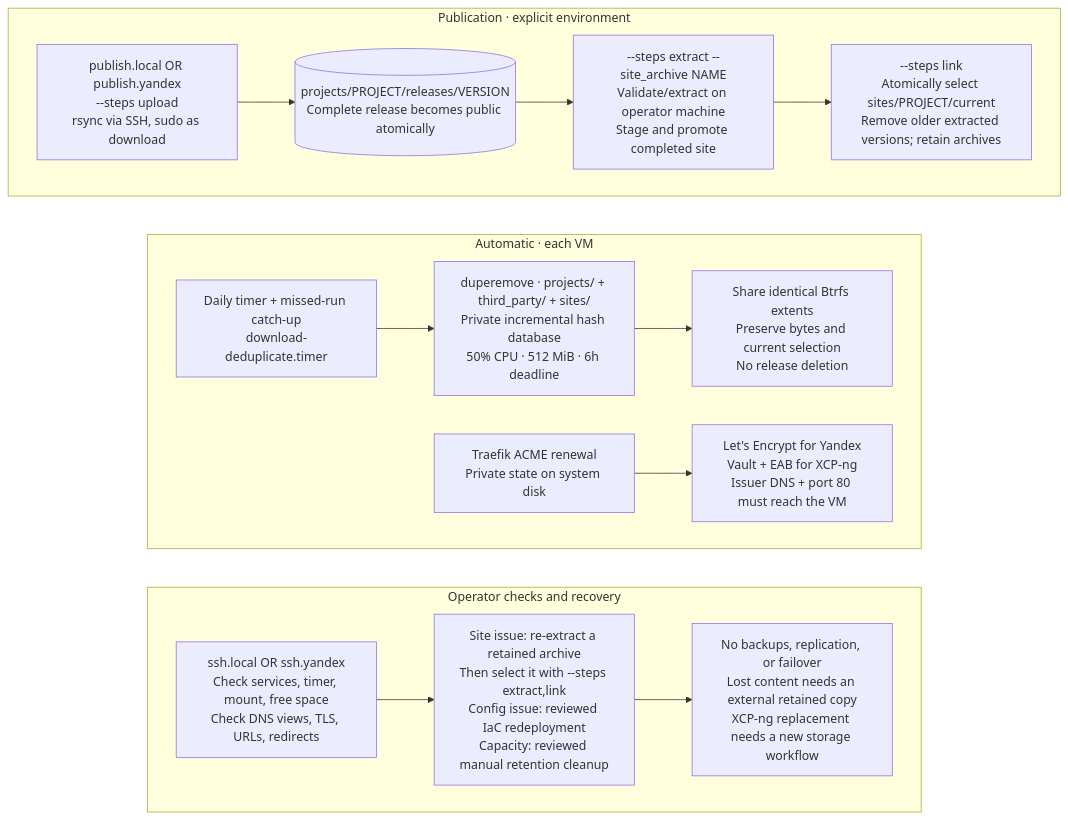
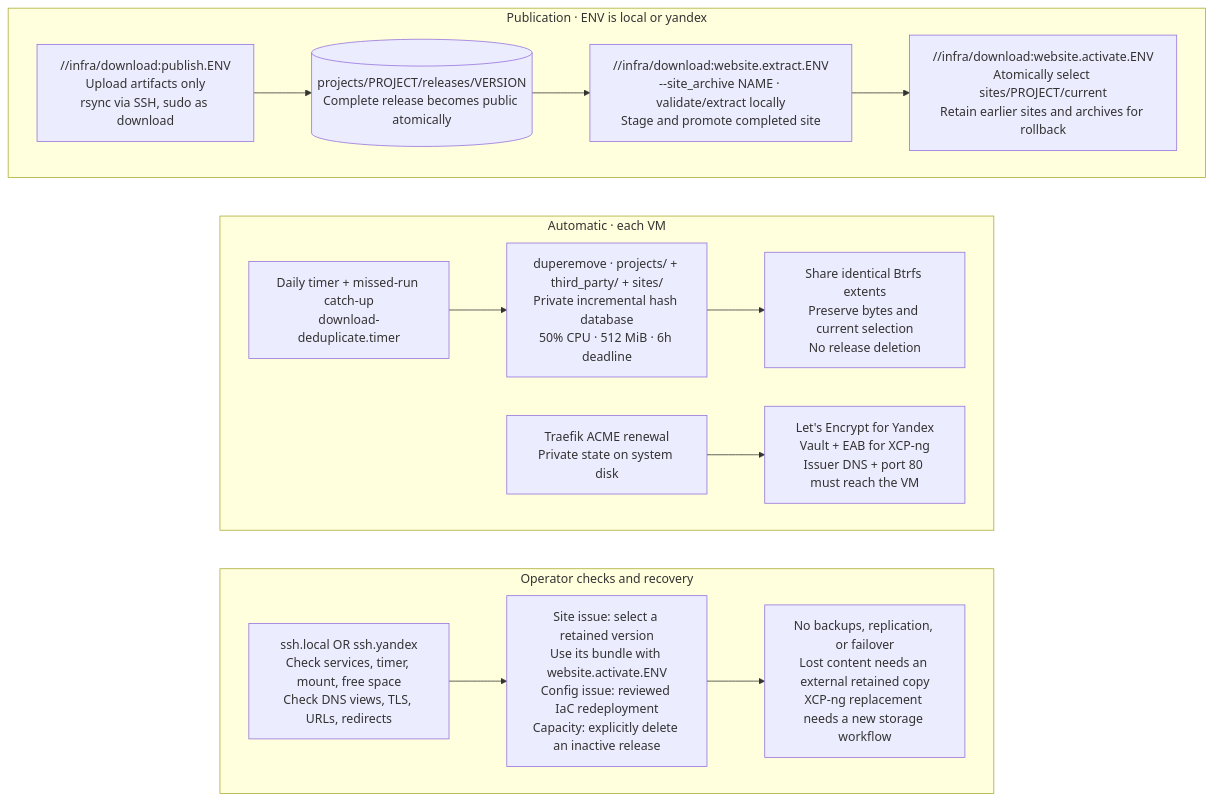
The diagram in infra/download/docs/operations.mmd (alwaldend/src), drawn with Mermaid before and after one commit. The commit also changed 805 other files, not shown here.

```diff
--- a/infra/download/docs/operations.mmd
+++ b/infra/download/docs/operations.mmd
@@ -1,27 +1,27 @@
 flowchart TB
-    subgraph publication[Publication · explicit environment]
+    subgraph publication[Publication · ENV is local or yandex]
         direction LR
-        upload[publish.local OR publish.yandex<br/>--steps upload<br/>rsync via SSH, sudo as download]
+        upload["//infra/download:publish.ENV<br/>Upload artifacts only<br/>rsync via SSH, sudo as download"]
         files[(projects/PROJECT/releases/VERSION<br/>Complete release becomes public atomically)]
-        extract[--steps extract --site_archive NAME<br/>Validate/extract on operator machine<br/>Stage and promote completed site]
-        link[--steps link<br/>Atomically select sites/PROJECT/current<br/>Remove older extracted versions; retain archives]
+        extract["//infra/download:website.extract.ENV<br/>--site_archive NAME · validate/extract locally<br/>Stage and promote completed site"]
+        link["//infra/download:website.activate.ENV<br/>Atomically select sites/PROJECT/current<br/>Retain earlier sites and archives for rollback"]
         upload --> files --> extract --> link
     end
     subgraph automatic[Automatic · each VM]
         direction LR
         timer[Daily timer + missed-run catch-up<br/>download-deduplicate.timer]
         dedup[duperemove · projects/ + third_party/ + sites/<br/>Private incremental hash database<br/>50% CPU · 512 MiB · 6h deadline]
         extents[Share identical Btrfs extents<br/>Preserve bytes and current selection<br/>No release deletion]
         timer --> dedup --> extents
         proxy[Traefik ACME renewal<br/>Private state on system disk]
         issuer[Let's Encrypt for Yandex<br/>Vault + EAB for XCP-ng<br/>Issuer DNS + port 80 must reach the VM]
         proxy --> issuer
     end
     subgraph operator[Operator checks and recovery]
         direction LR
         health[ssh.local OR ssh.yandex<br/>Check services, timer, mount, free space<br/>Check DNS views, TLS, URLs, redirects]
-        recover[Site issue: re-extract a retained archive<br/>Then select it with --steps extract,link<br/>Config issue: reviewed IaC redeployment<br/>Capacity: reviewed manual retention cleanup]
+        recover[Site issue: select a retained version<br/>Use its bundle with website.activate.ENV<br/>Config issue: reviewed IaC redeployment<br/>Capacity: explicitly delete an inactive release]
         boundary[No backups, replication, or failover<br/>Lost content needs an external retained copy<br/>XCP-ng replacement needs a new storage workflow]
         health --> recover --> boundary
     end
     publication ~~~ automatic ~~~ operator
```
